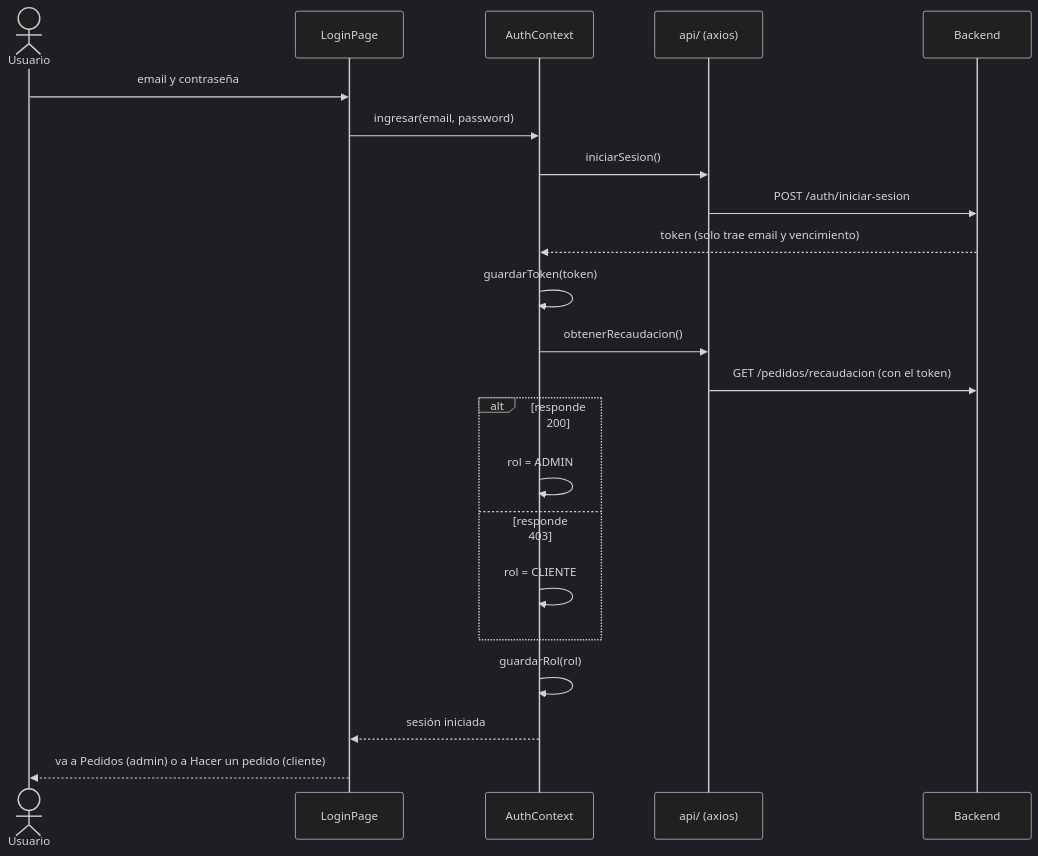
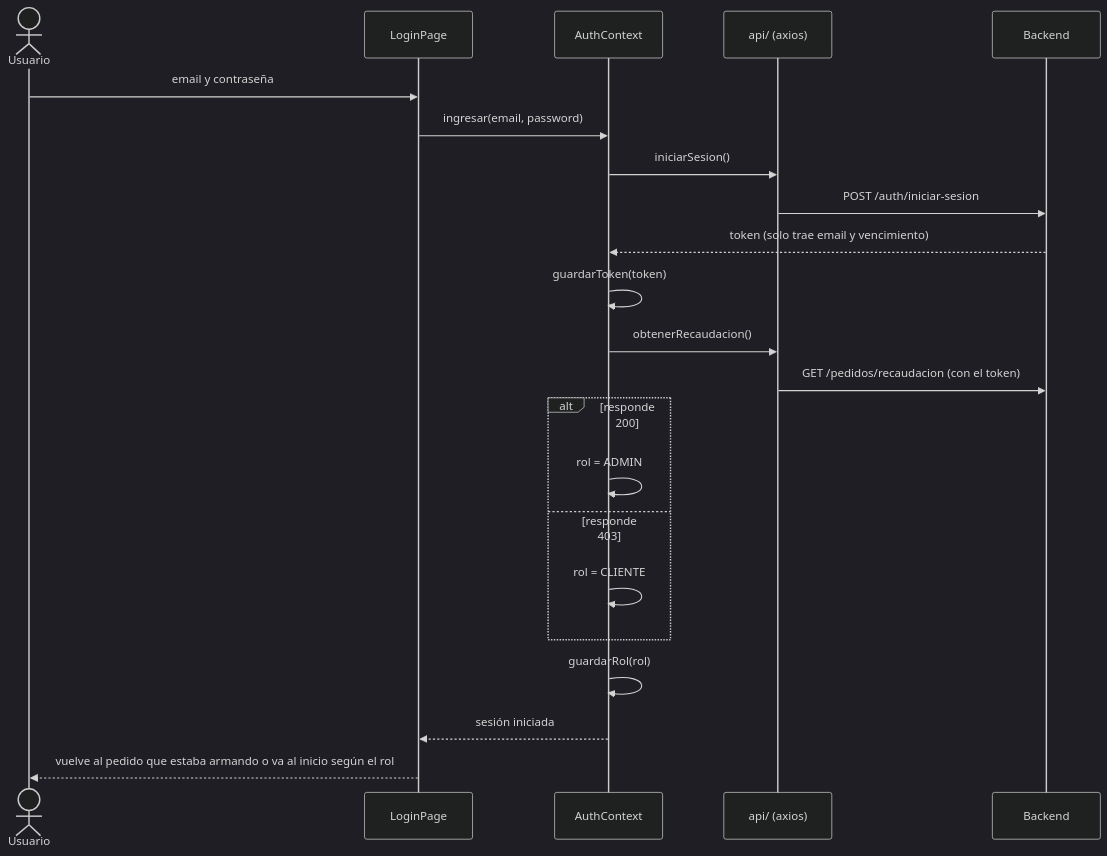
The first of 2 diagrams in frontend/README.md (GuanesFranco/Gutti), drawn with Mermaid (dark theme) before and after one commit. The commit also changed other lines of this file and 33 other files, not shown here.

````diff
--- a/frontend/README.md
+++ b/frontend/README.md
@@ -71,25 +77,25 @@
 ```mermaid
 sequenceDiagram
     actor Usuario
     participant LoginPage
     participant AuthContext
     participant API as api/ (axios)
     participant Backend
 
     Usuario->>LoginPage: email y contraseña
     LoginPage->>AuthContext: ingresar(email, password)
     AuthContext->>API: iniciarSesion()
     API->>Backend: POST /auth/iniciar-sesion
     Backend-->>AuthContext: token (solo trae email y vencimiento)
     AuthContext->>AuthContext: guardarToken(token)
     AuthContext->>API: obtenerRecaudacion()
     API->>Backend: GET /pedidos/recaudacion (con el token)
     alt responde 200
         AuthContext->>AuthContext: rol = ADMIN
     else responde 403
         AuthContext->>AuthContext: rol = CLIENTE
     end
     AuthContext->>AuthContext: guardarRol(rol)
     AuthContext-->>LoginPage: sesión iniciada
-    LoginPage-->>Usuario: va a Pedidos (admin) o a Hacer un pedido (cliente)
+    LoginPage-->>Usuario: vuelve al pedido que estaba armando o va al inicio según el rol
 ```
````
